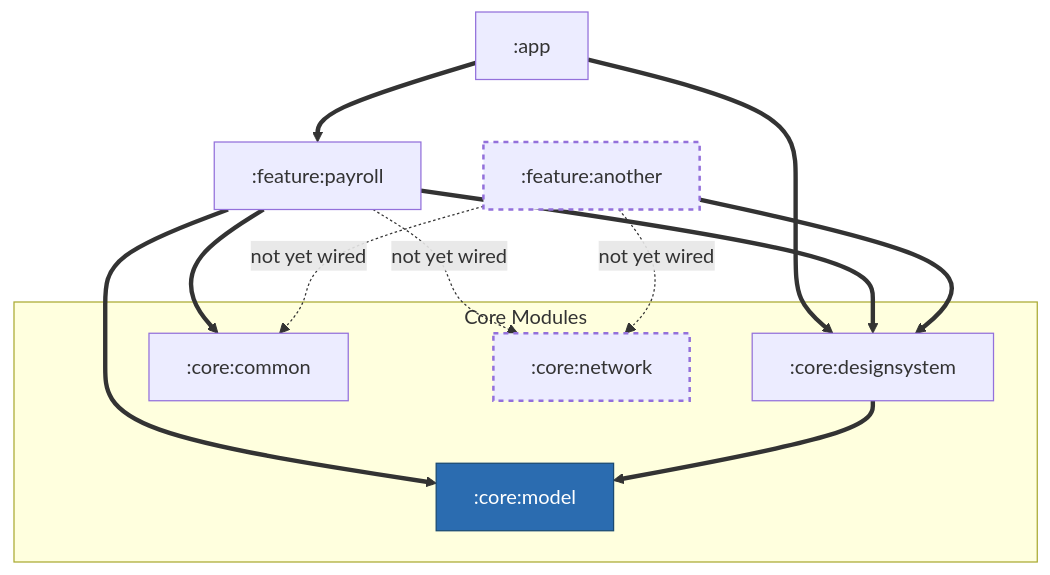
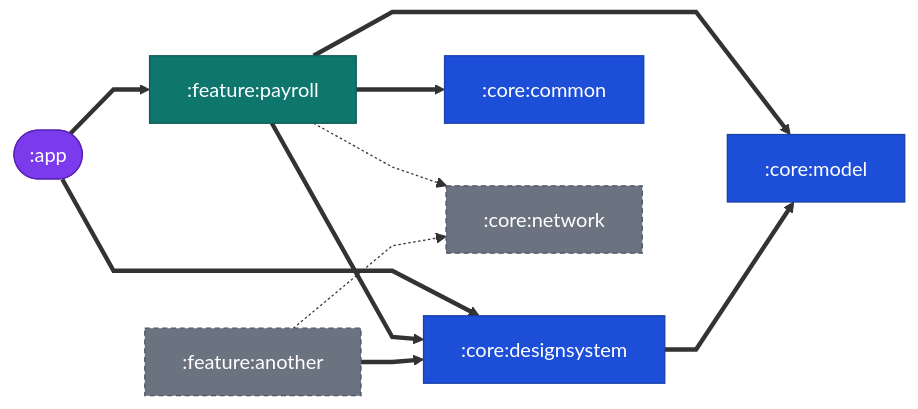
Before and after one commit to deepakkanyan/Payroll: the diagram in README.md, drawn with Mermaid.

Commit message:
Restyle README architecture diagram
Switch to a left-to-right layout with color-coded classes for app,
feature, core, and planned/not-yet-wired nodes.

Claude-Session: https://claude.ai/code/session_01RtQxSofSYoGgXd4Ntprm28

````diff
--- a/README.md
+++ b/README.md
@@ -71,32 +71,30 @@
 ```mermaid
-graph TD
-    App[":app"]
-    FeaturePayroll[":feature:payroll"]
-    FeatureAnother[":feature:another"]
+%%{ init: { "flowchart": { "curve": "linear" } } }%%
+graph LR
+    App([":app"]):::app
 
-    subgraph Core Modules
-        CoreDesignSystem[":core:designsystem"]
-        CoreModel[":core:model"]
-        CoreCommon[":core:common"]
-        CoreNetwork[":core:network"]
-    end
+    FeaturePayroll[":feature:payroll"]:::feature
+    FeatureAnother[":feature:another"]:::planned
+
+    CoreDesignSystem[":core:designsystem"]:::core
+    CoreCommon[":core:common"]:::core
+    CoreModel[":core:model"]:::core
+    CoreNetwork[":core:network"]:::planned
 
     App ==> FeaturePayroll
     App ==> CoreDesignSystem
 
     FeaturePayroll ==> CoreDesignSystem
+    FeaturePayroll ==> CoreCommon
     FeaturePayroll ==> CoreModel
-    FeaturePayroll ==> CoreCommon
-    FeaturePayroll -.->|not yet wired| CoreNetwork
-
     FeatureAnother ==> CoreDesignSystem
-    FeatureAnother -.->|not yet wired| CoreCommon
-    FeatureAnother -.->|not yet wired| CoreNetwork
-
     CoreDesignSystem ==> CoreModel
 
-    classDef core fill:#2b6cb0,color:#fff,stroke:#1a4971,stroke-width:1px
-    classDef planned stroke-dasharray:4,3,stroke-width:2px
-    class CoreModel core
-    class FeatureAnother,CoreNetwork planned
+    FeaturePayroll -.-> CoreNetwork
+    FeatureAnother -.-> CoreNetwork
+
+    classDef app     fill:#7c3aed,color:#fff,stroke:#5b21b6
+    classDef feature fill:#0f766e,color:#fff,stroke:#0b5a54
+    classDef core    fill:#1d4ed8,color:#fff,stroke:#1a3fa8
+    classDef planned fill:#6b7280,color:#fff,stroke:#4b5563,stroke-dasharray:4 3
 ```
````
